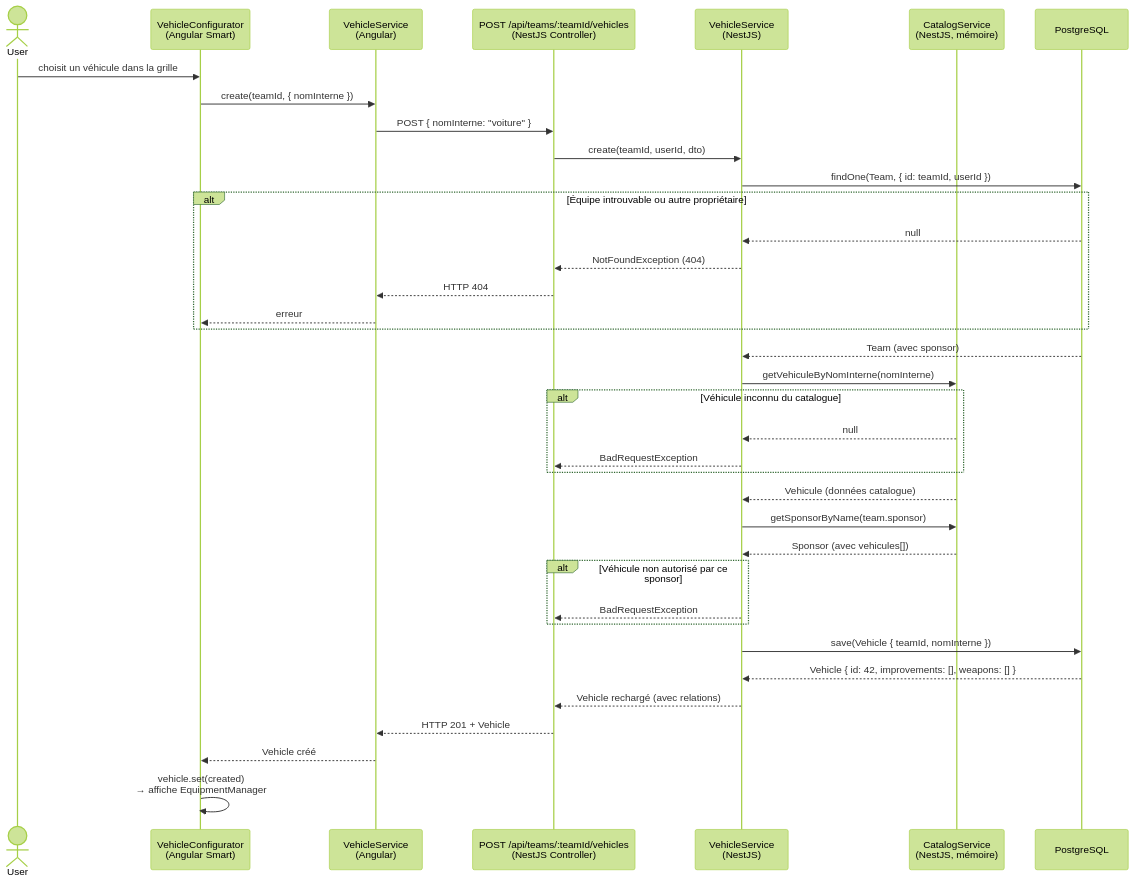
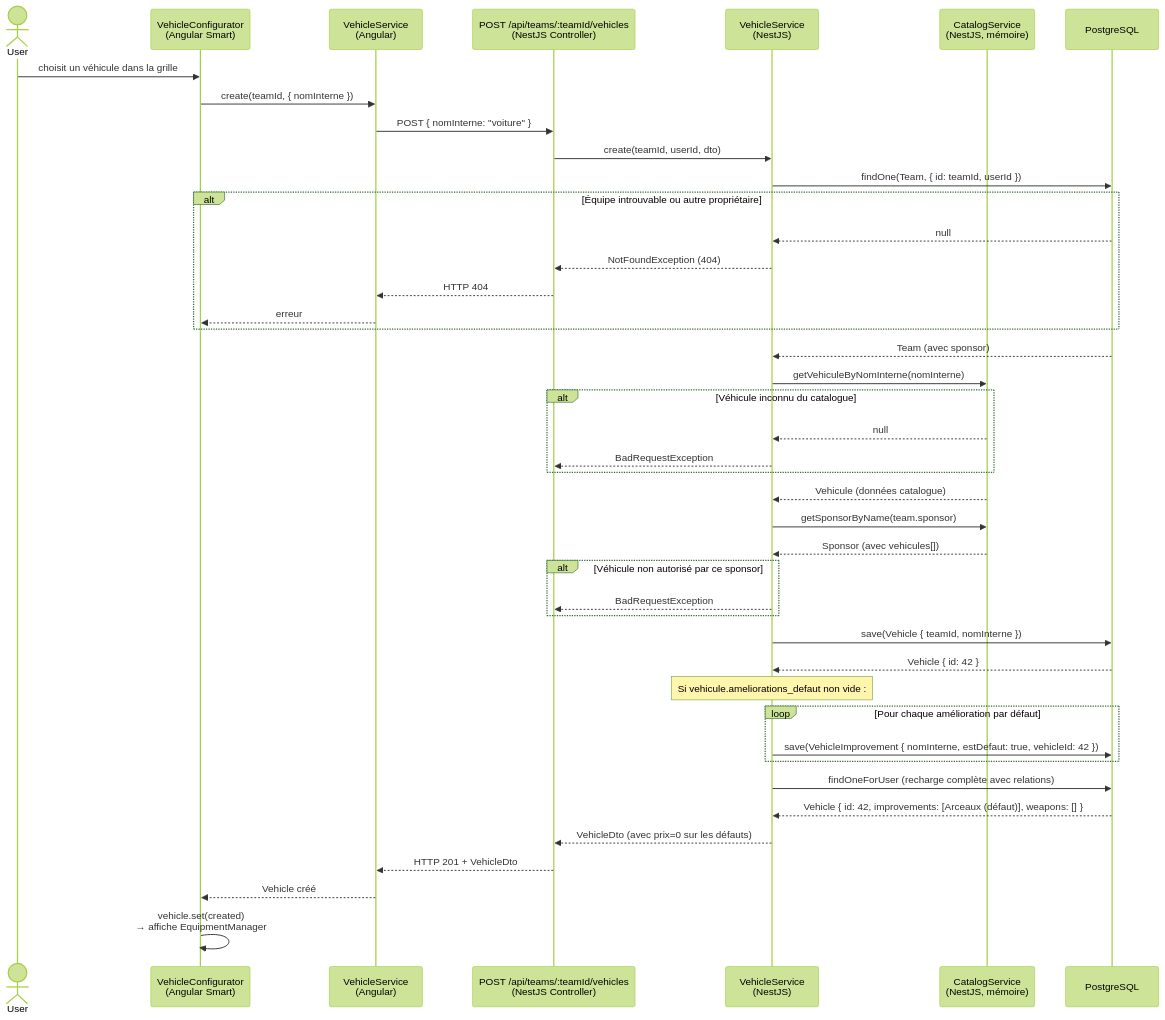
Before and after one commit to arnaudbracchetti/gaslands-manager: the second of 7 diagrams in docs/VEHICLE_SYSTEM.md, drawn with Mermaid (forest theme). The commit also changed other lines of this file and 24 other files, not shown here.

````diff
--- a/docs/VEHICLE_SYSTEM.md
+++ b/docs/VEHICLE_SYSTEM.md
@@ -116,45 +118,53 @@
 ```mermaid
 sequenceDiagram
     actor User
     participant VC as VehicleConfigurator<br/>(Angular Smart)
     participant VS as VehicleService<br/>(Angular)
     participant API as POST /api/teams/:teamId/vehicles<br/>(NestJS Controller)
     participant BVSS as VehicleService<br/>(NestJS)
     participant Cat as CatalogService<br/>(NestJS, mémoire)
     participant DB as PostgreSQL
 
     User->>VC: choisit un véhicule dans la grille
     VC->>VS: create(teamId, { nomInterne })
     VS->>API: POST { nomInterne: "voiture" }
 
     API->>BVSS: create(teamId, userId, dto)
     BVSS->>DB: findOne(Team, { id: teamId, userId })
     alt Équipe introuvable ou autre propriétaire
         DB-->>BVSS: null
         BVSS-->>API: NotFoundException (404)
         API-->>VS: HTTP 404
         VS-->>VC: erreur
     end
     DB-->>BVSS: Team (avec sponsor)
 
     BVSS->>Cat: getVehiculeByNomInterne(nomInterne)
     alt Véhicule inconnu du catalogue
         Cat-->>BVSS: null
         BVSS-->>API: BadRequestException
     end
     Cat-->>BVSS: Vehicule (données catalogue)
 
     BVSS->>Cat: getSponsorByName(team.sponsor)
     Cat-->>BVSS: Sponsor (avec vehicules[])
     alt Véhicule non autorisé par ce sponsor
         BVSS-->>API: BadRequestException
     end
 
     BVSS->>DB: save(Vehicle { teamId, nomInterne })
-    DB-->>BVSS: Vehicle { id: 42, improvements: [], weapons: [] }
-    BVSS-->>API: Vehicle rechargé (avec relations)
-    API-->>VS: HTTP 201 + Vehicle
+    DB-->>BVSS: Vehicle { id: 42 }
+
+    Note over BVSS: Si vehicule.ameliorations_defaut non vide :
+    loop Pour chaque amélioration par défaut
+        BVSS->>DB: save(VehicleImprovement { nomInterne, estDefaut: true, vehicleId: 42 })
+    end
+
+    BVSS->>DB: findOneForUser (recharge complète avec relations)
+    DB-->>BVSS: Vehicle { id: 42, improvements: [Arceaux (défaut)], weapons: [] }
+    BVSS-->>API: VehicleDto (avec prix=0 sur les défauts)
+    API-->>VS: HTTP 201 + VehicleDto
     VS-->>VC: Vehicle créé
 
     VC->>VC: vehicle.set(created)<br/>→ affiche EquipmentManager
 ```
````
